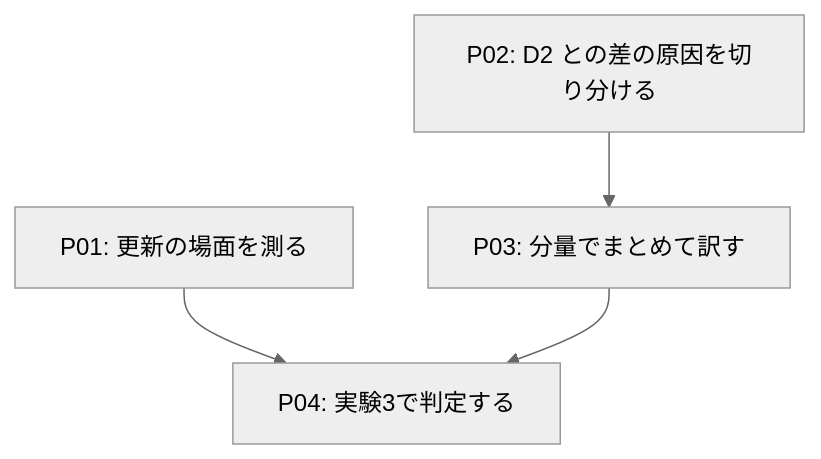
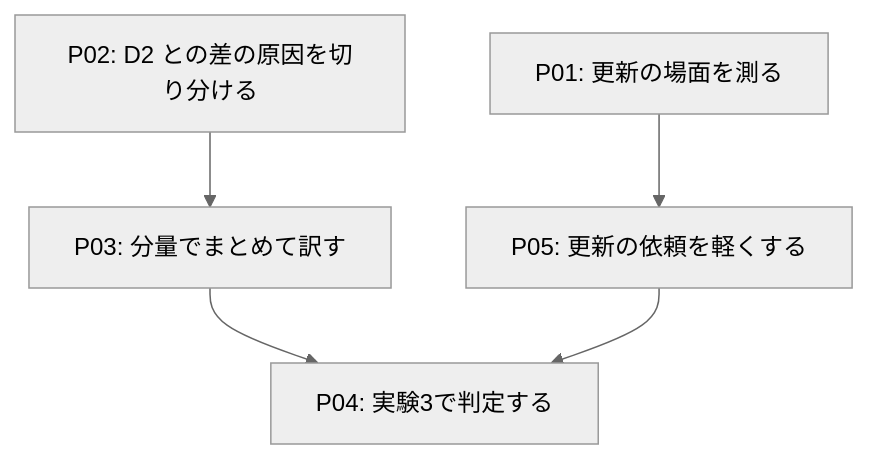
One commit to mochimochiki/mdait changed the diagram in docs/roadmaps/roadmap-v05_prove-value.md. Above: the diagram before and after it, drawn with Mermaid (neutral theme). The commit also changed other lines of this file, not shown here.

Commit message:
ロードマップ v05 の依存図に P05 を足す

````diff
--- a/docs/roadmaps/roadmap-v05_prove-value.md
+++ b/docs/roadmaps/roadmap-v05_prove-value.md
@@ -45,6 +45,7 @@
 ```mermaid
 graph TD
-P01[P01: 更新の場面を測る] --> P04[P04: 実験3で判定する]
+P01[P01: 更新の場面を測る] --> P05[P05: 更新の依頼を軽くする]
 P02[P02: D2 との差の原因を切り分ける] --> P03[P03: 分量でまとめて訳す]
-P03 --> P04
+P03 --> P04[P04: 実験3で判定する]
+P05 --> P04
 ```
````
